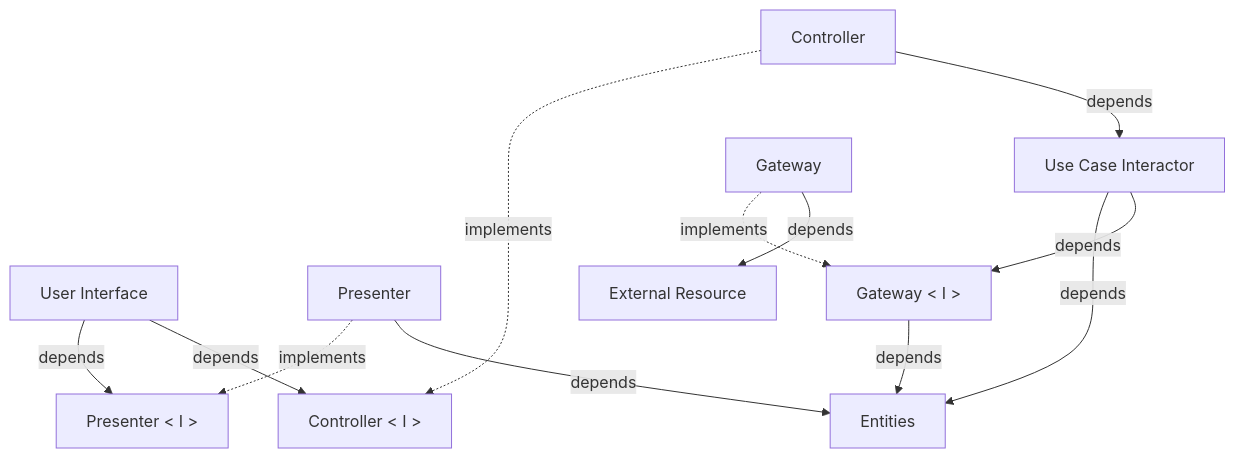
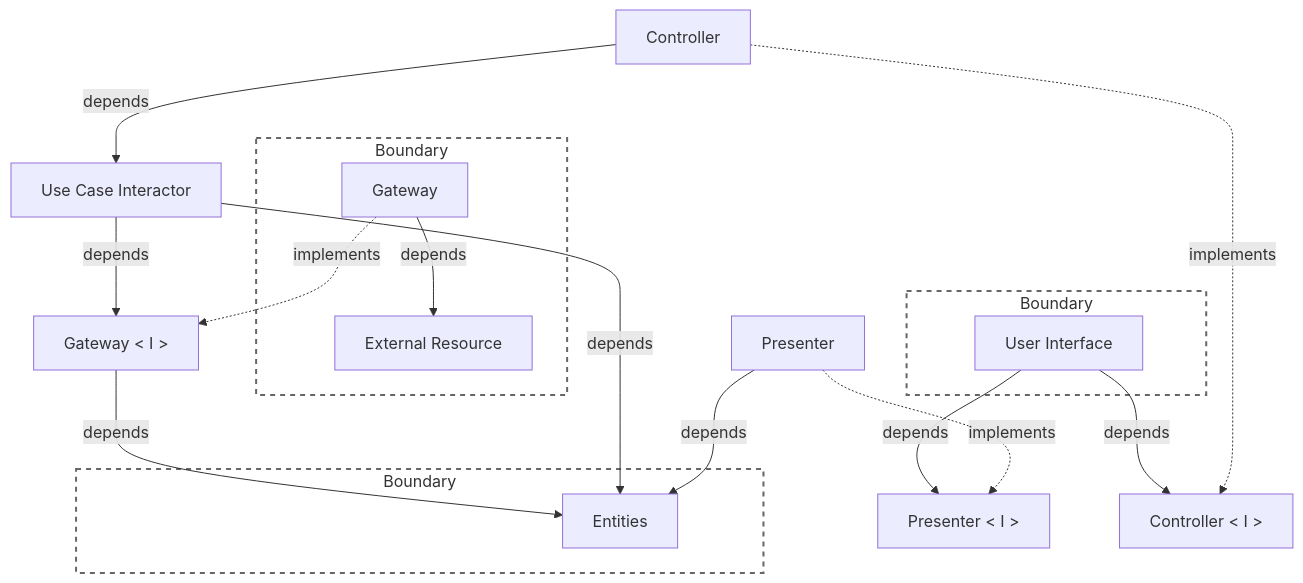
The diagram in docs/introduction.md (clean-reactive/documentation), drawn with Mermaid before and after one commit. The commit also changed other lines of this file, not shown here.

Commit message:
Introduction: align the gateway contract, diagram and wording with the architecture

````diff
--- a/docs/introduction.md
+++ b/docs/introduction.md
@@ -62,27 +59,41 @@
 ```mermaid
 graph TD
 
-UI["User Interface"]
+subgraph B1["Boundary"]
+  G["Gateway"]
+  ER["External Resource"]
+end
+
+subgraph B2["Boundary"]
+  UI["User Interface"]
+end
+
+subgraph B3["Boundary"]
+  E["Entities"]
+end
+
+P["Presenter"]
+C["Controller"]
 PI["Presenter < I >"]
 CI["Controller < I >"]
-P["Presenter"]
-C["Controller"]
+GI["Gateway < I >"]
 UC["Use Case Interactor"]
-E["Entities"]
-GI["Gateway < I >"]
-G["Gateway"]
-ER["External Resource"]
 
+%% implementation relation
 P -. implements .-> PI
 C -. implements .-> CI
 G -. implements .-> GI
 
+%% dependency relation
 UI -- depends --> PI
 UI -- depends --> CI
 C -- depends --> UC
 P -- depends --> E
 UC -- depends --> E
 UC -- depends --> GI
 GI -- depends --> E
 G -- depends --> ER
+
+classDef boundary fill:none,stroke:#666,stroke-width:2px,stroke-dasharray: 5 5;
+class B1,B2,B3 boundary;
 ```
````
